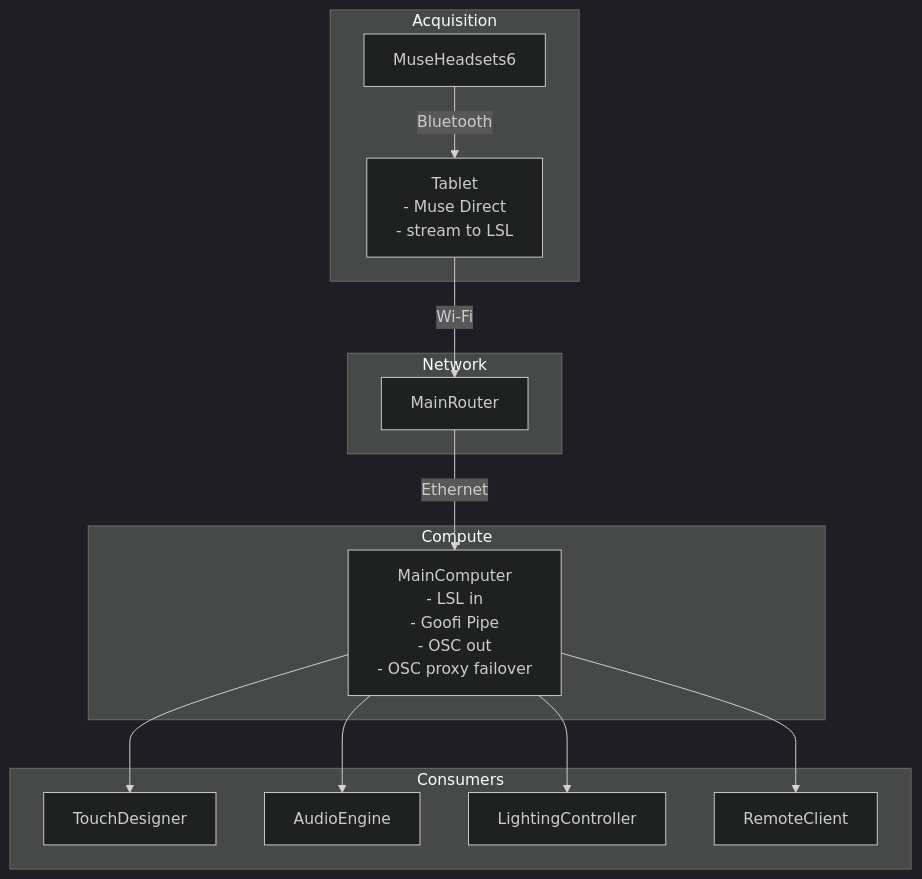
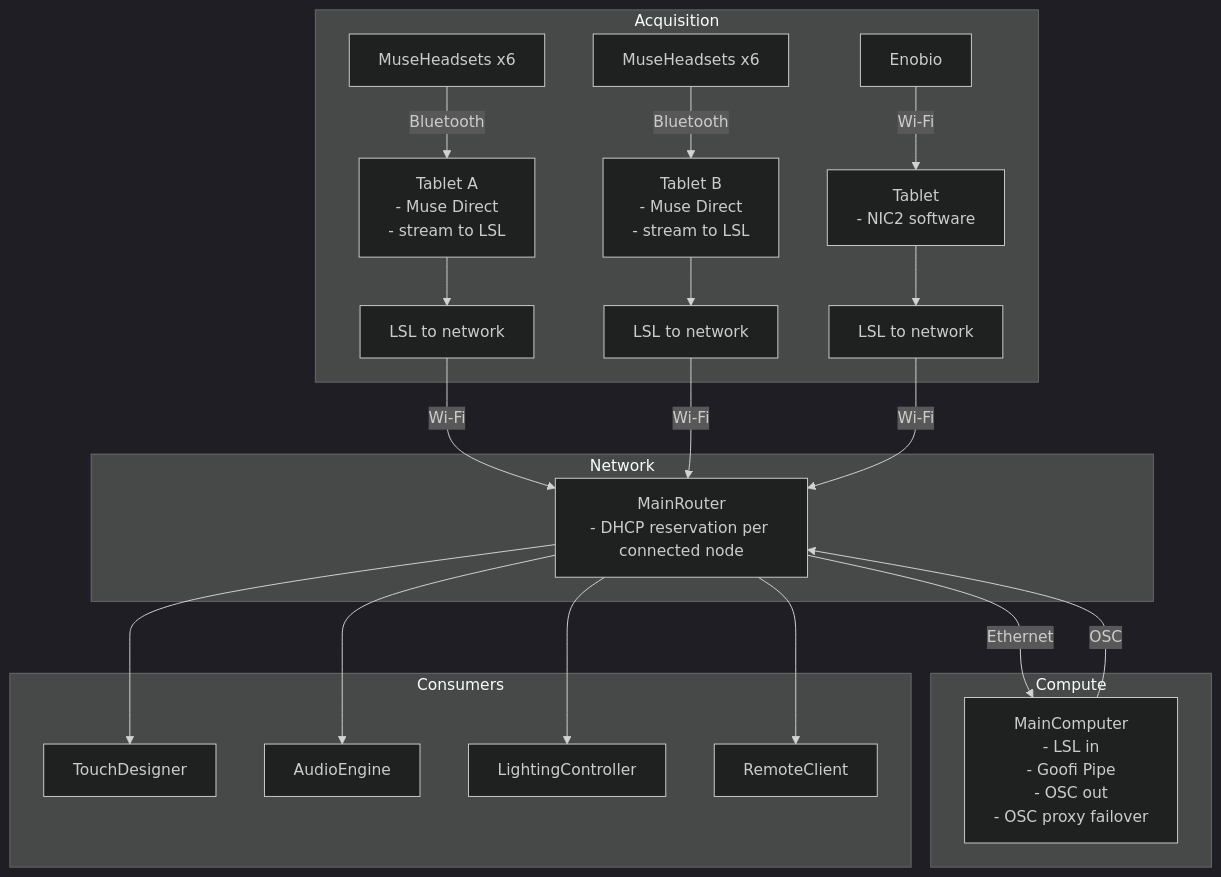
The diagram in README.md (FranckPrts/neuro-theater-eeg), drawn with Mermaid (dark theme) before and after one commit. The commit also changed other lines of this file and 3 other files, not shown here.

````diff
--- a/README.md
+++ b/README.md
@@ -27,30 +27,45 @@
 ```mermaid
 flowchart TD
   subgraph acquisition [Acquisition]
-    museHeadsets6[MuseHeadsets6]
-    tablet["Tablet\n- Muse Direct\n- stream to LSL"]
-    museHeadsets6 -->|"Bluetooth"| tablet
+    enobio[Enobio]
+    tabletNic2["Tablet\n- NIC2 software"]
+    museHeadsets6A[MuseHeadsets x6]
+    museHeadsets6[MuseHeadsets x6]
+    tabletMuseA["Tablet A\n- Muse Direct\n- stream to LSL"]
+    tabletMuseB["Tablet B\n- Muse Direct\n- stream to LSL"]
+    lslToNetworkA[LSL to network]
+    lslToNetworkB[LSL to network]
+    lslToNetworkEnobio[LSL to network]
+    enobio -->|"Wi-Fi"| tabletNic2
+    tabletNic2 --> lslToNetworkEnobio
+    museHeadsets6A -->|"Bluetooth"| tabletMuseA
+    museHeadsets6 -->|"Bluetooth"| tabletMuseB
+    tabletMuseA --> lslToNetworkA
+    tabletMuseB --> lslToNetworkB
   end
 
   subgraph network [Network]
-    mainRouter[MainRouter]
+    mainRouter["MainRouter\n- DHCP reservation per connected node"]
   end
 
   subgraph compute [Compute]
     mainComputer["MainComputer\n- LSL in\n- Goofi Pipe\n- OSC out\n- OSC proxy failover"]
   end
 
   subgraph consumers [Consumers]
     touchDesigner[TouchDesigner]
     audioEngine[AudioEngine]
     lightingController[LightingController]
     remoteClient[RemoteClient]
   end
 
-  tablet -->|"Wi-Fi"| mainRouter
+  lslToNetworkA -->|"Wi-Fi"| mainRouter
+  lslToNetworkB -->|"Wi-Fi"| mainRouter
+  lslToNetworkEnobio -->|"Wi-Fi"| mainRouter
   mainRouter -->|"Ethernet"| mainComputer
-  mainComputer --> touchDesigner
-  mainComputer --> audioEngine
-  mainComputer --> lightingController
-  mainComputer --> remoteClient
+  mainComputer -->|"OSC"| mainRouter
+  mainRouter --> touchDesigner
+  mainRouter --> audioEngine
+  mainRouter --> lightingController
+  mainRouter --> remoteClient
 ```
````
